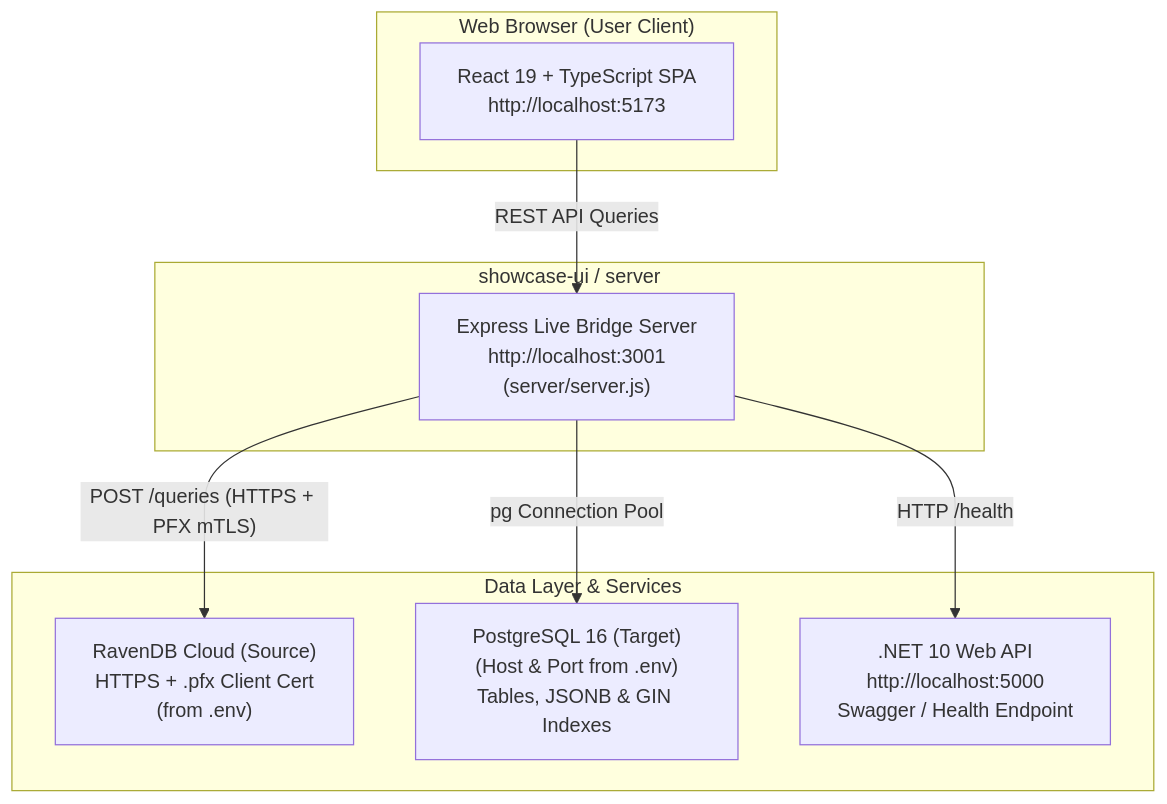
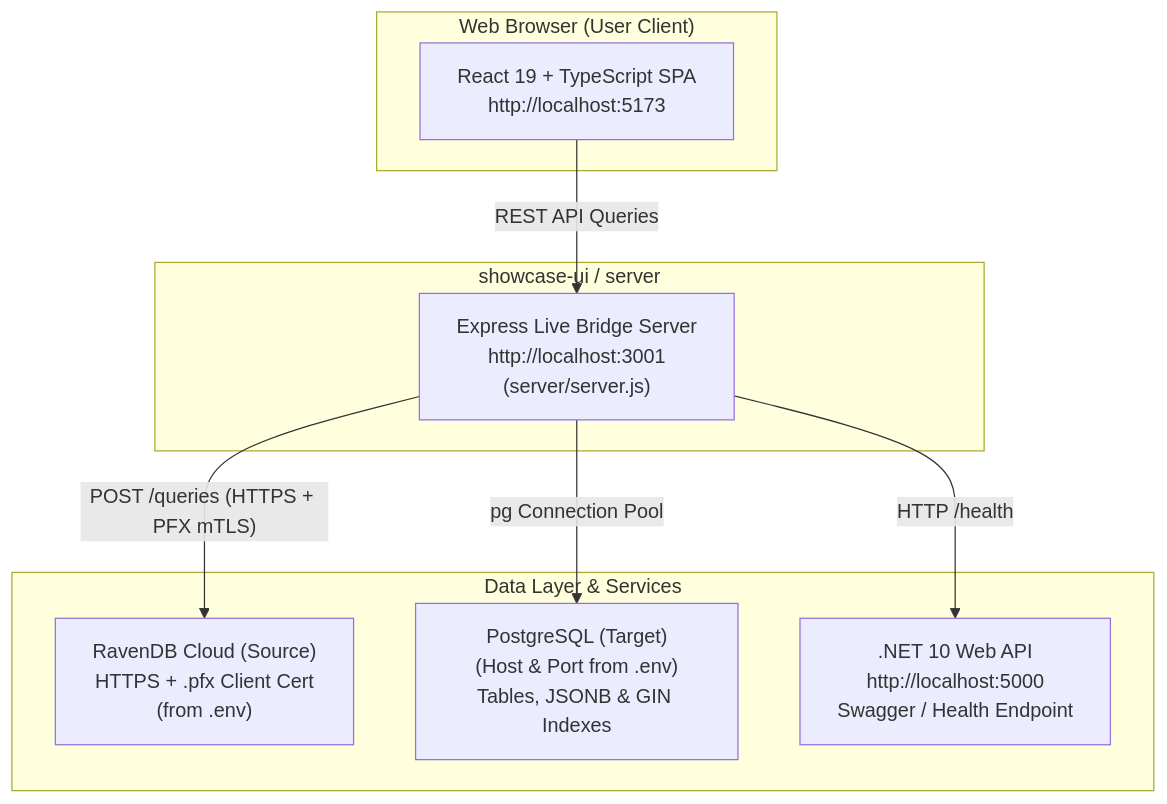
Before and after one commit to ashishk1906/r2pg-migration: the diagram in showcase-ui/README.md, drawn with Mermaid. The commit also changed other lines of this file and 16 other files, not shown here.

````diff
--- a/showcase-ui/README.md
+++ b/showcase-ui/README.md
@@ -22,21 +21,21 @@
 ```mermaid
 flowchart TD
     subgraph Browser ["Web Browser (User Client)"]
         UI["React 19 + TypeScript SPA\nhttp://localhost:5173"]
     end
 
     subgraph ShowcaseApp ["showcase-ui / server"]
         Bridge["Express Live Bridge Server\nhttp://localhost:3001\n(server/server.js)"]
     end
 
     subgraph DataSources ["Data Layer & Services"]
         RavenCloud["RavenDB Cloud (Source)\nHTTPS + .pfx Client Cert\n(from .env)"]
-        Postgres["PostgreSQL 16 (Target)\n(Host & Port from .env)\nTables, JSONB & GIN Indexes"]
+        Postgres["PostgreSQL (Target)\n(Host & Port from .env)\nTables, JSONB & GIN Indexes"]
         NetApi[".NET 10 Web API\nhttp://localhost:5000\nSwagger / Health Endpoint"]
     end
 
     UI -- "REST API Queries" --> Bridge
     Bridge -- "POST /queries (HTTPS + PFX mTLS)" --> RavenCloud
     Bridge -- "pg Connection Pool" --> Postgres
     Bridge -- "HTTP /health" --> NetApi
 ```
````
